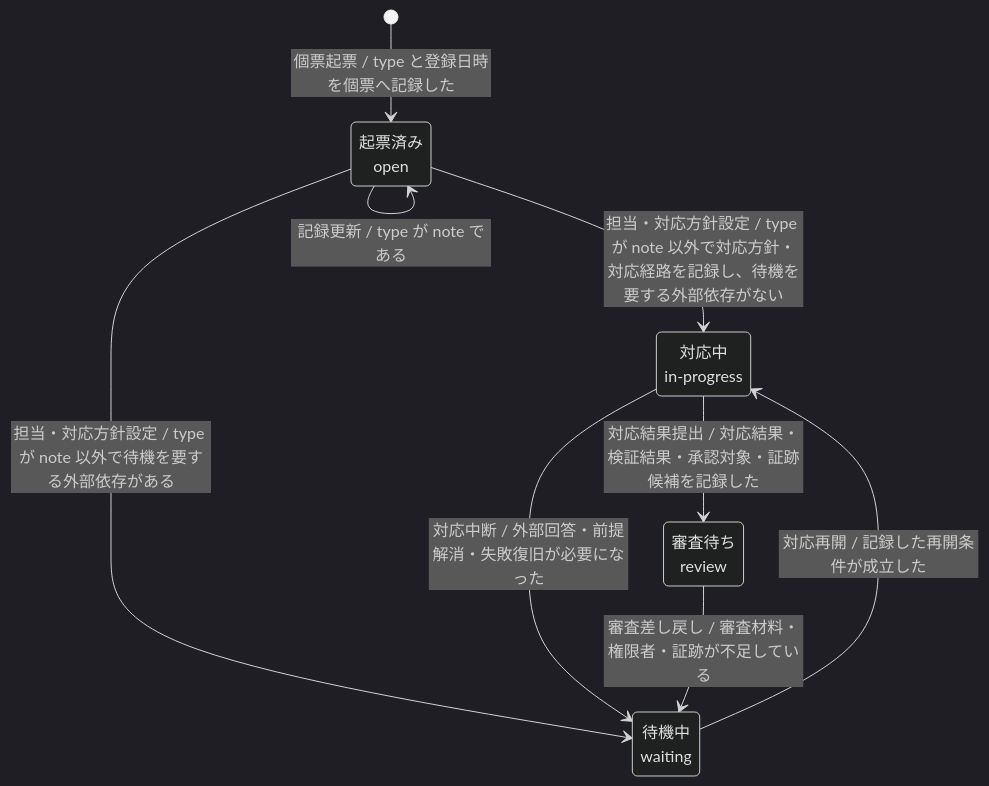
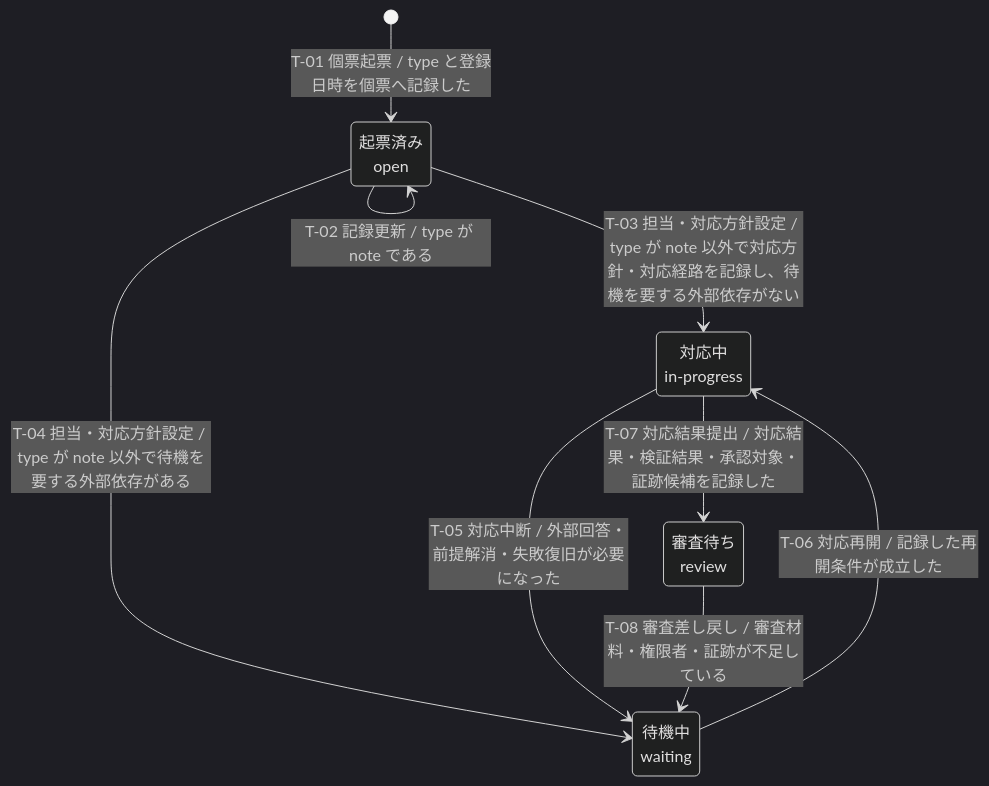
Before and after one commit to specdojo/specdojo: the first of 3 diagrams in docs/ja/product/010-business-specs/020-data-model/stsd-register-entry.md, drawn with Mermaid (dark theme). The commit also changed other lines of this file and 5 other files, not shown here.

````diff
--- a/docs/ja/product/010-business-specs/020-data-model/stsd-register-entry.md
+++ b/docs/ja/product/010-business-specs/020-data-model/stsd-register-entry.md
@@ -69,15 +82,15 @@
 ```mermaid
 stateDiagram-v2
   state "起票済み<br>open" as open
   state "対応中<br>in-progress" as in_progress
   state "待機中<br>waiting" as waiting
   state "審査待ち<br>review" as review
-  [*] --> open : 個票起票 / type と登録日時を個票へ記録した
-  open --> open : 記録更新 / type が note である
-  open --> in_progress : 担当・対応方針設定 / type が note 以外で対応方針・対応経路を記録し、待機を要する外部依存がない
-  open --> waiting : 担当・対応方針設定 / type が note 以外で待機を要する外部依存がある
-  in_progress --> waiting : 対応中断 / 外部回答・前提解消・失敗復旧が必要になった
-  waiting --> in_progress : 対応再開 / 記録した再開条件が成立した
-  in_progress --> review : 対応結果提出 / 対応結果・検証結果・承認対象・証跡候補を記録した
-  review --> waiting : 審査差し戻し / 審査材料・権限者・証跡が不足している
+  [*] --> open : T-01 個票起票 / type と登録日時を個票へ記録した
+  open --> open : T-02 記録更新 / type が note である
+  open --> in_progress : T-03 担当・対応方針設定 / type が note 以外で対応方針・対応経路を記録し、待機を要する外部依存がない
+  open --> waiting : T-04 担当・対応方針設定 / type が note 以外で待機を要する外部依存がある
+  in_progress --> waiting : T-05 対応中断 / 外部回答・前提解消・失敗復旧が必要になった
+  waiting --> in_progress : T-06 対応再開 / 記録した再開条件が成立した
+  in_progress --> review : T-07 対応結果提出 / 対応結果・検証結果・承認対象・証跡候補を記録した
+  review --> waiting : T-08 審査差し戻し / 審査材料・権限者・証跡が不足している
 ```
````
